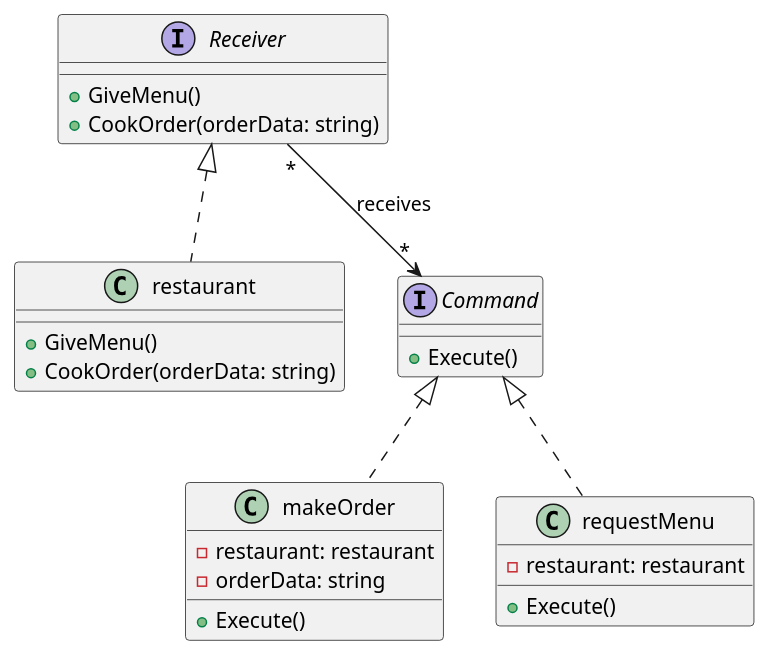
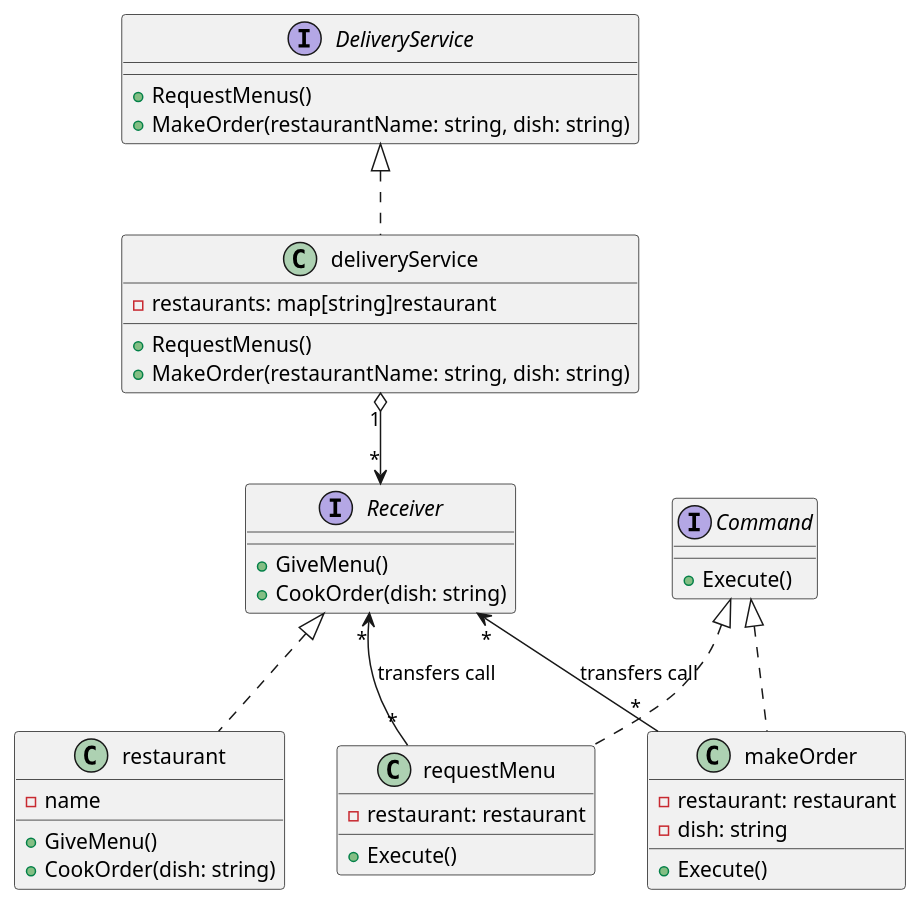
One commit to capitanFlint129/architectural-patterns-in-go changed the diagram in doc/command/command_class.puml. Above: the diagram before and after it, drawn with PlantUML. The commit also changed 4 other files, not shown here.

Commit message:
add diagrams to README.md

```diff
--- a/doc/command/command_class.puml
+++ b/doc/command/command_class.puml
@@ -1,37 +1,56 @@
 @startuml
 'https://plantuml.com/class-diagram
 
+
+interface DeliveryService {
+	+RequestMenus()
+	+MakeOrder(restaurantName: string, dish: string)
+}
+
+class deliveryService {
+    - restaurants: map[string]restaurant
+    +RequestMenus()
+    +MakeOrder(restaurantName: string, dish: string)
+}
+
+class deliveryService implements DeliveryService
+
+deliveryService "1" o--> "*" Receiver
+
+
 interface Receiver {
     + GiveMenu()
-    + CookOrder(orderData: string)
+    + CookOrder(dish: string)
 }
 
 class restaurant {
+    - name
     + GiveMenu()
-    + CookOrder(orderData: string)
+    + CookOrder(dish: string)
 }
 
 class restaurant implements Receiver
 
 
 interface Command {
 	+ Execute()
 }
 
 class makeOrder {
 	- restaurant: restaurant
-	- orderData: string
+	- dish: string
 	+ Execute()
 }
 
 class requestMenu {
 	- restaurant: restaurant
 	+ Execute()
 }
 
 class makeOrder implements Command
 class requestMenu implements Command
 
-Receiver "*" --> "*" Command : receives
+Receiver "*" <-- "*" makeOrder : transfers call
+Receiver "*" <-- "*"  requestMenu: transfers call
 
 @enduml
```
